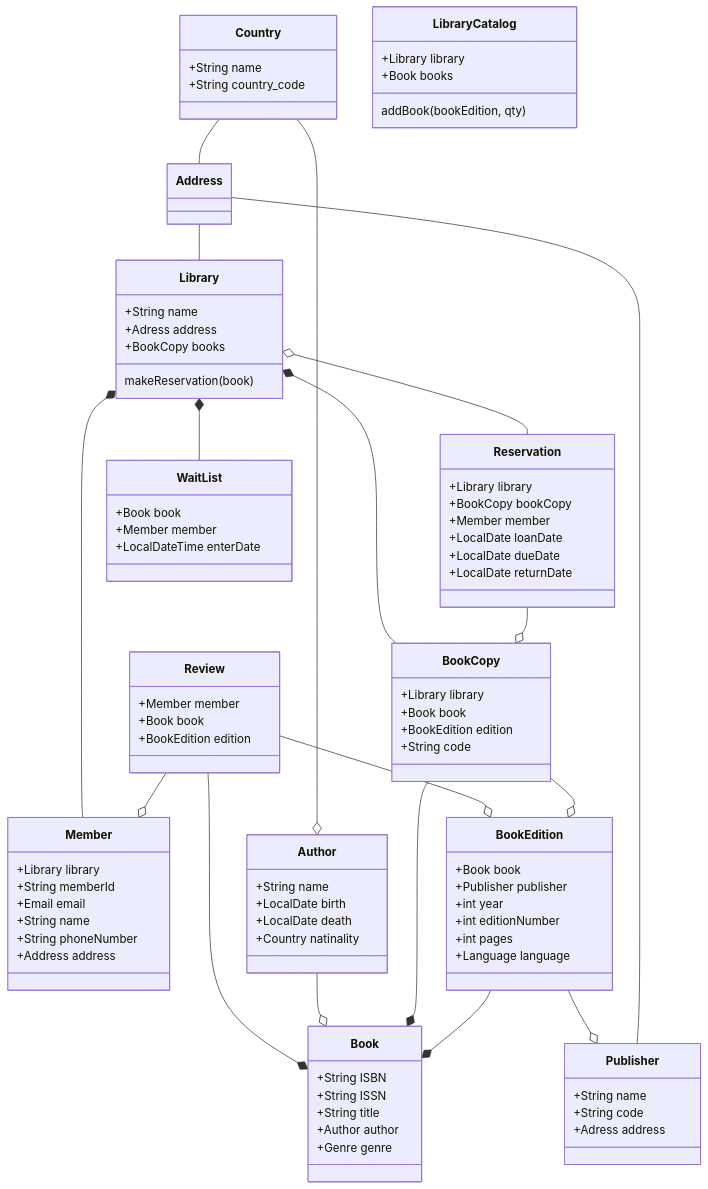
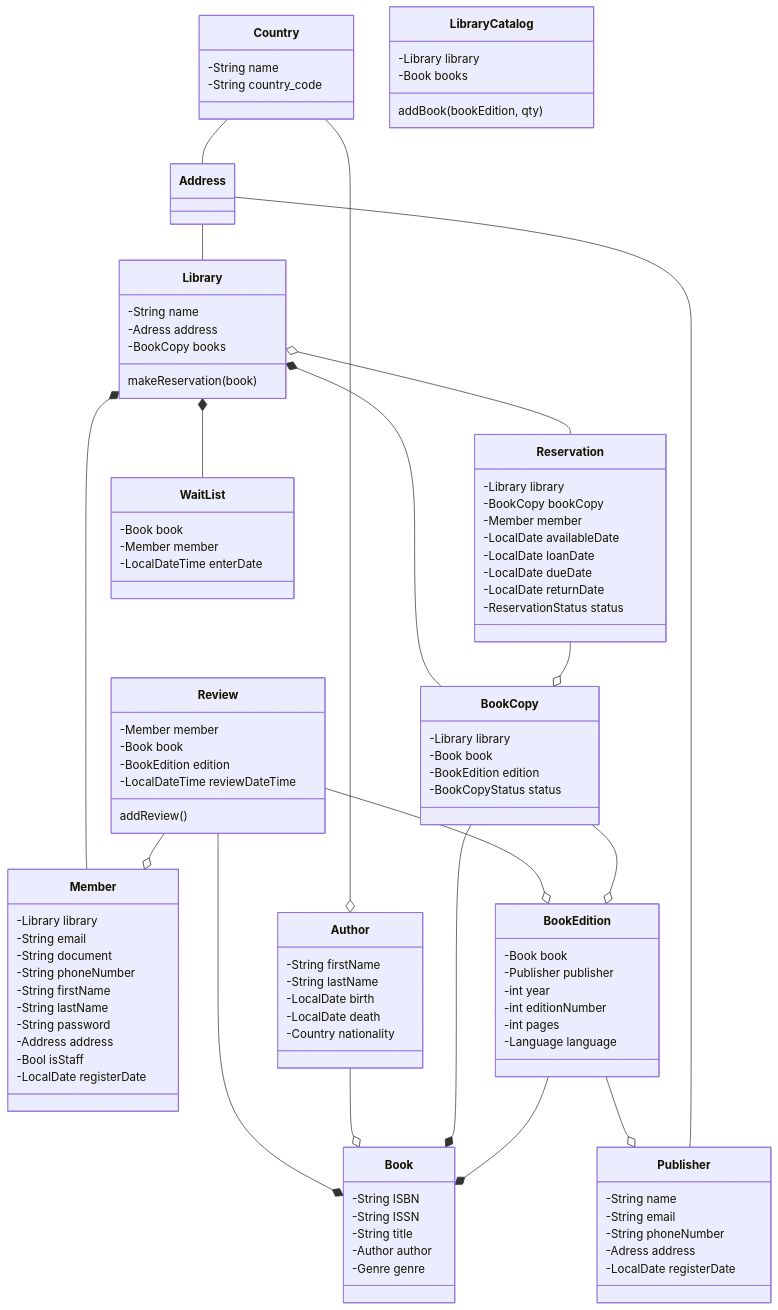
One commit to sgkhusal/ximple-library changed the diagram in documentation/models/library.md. Above: the diagram before and after it, drawn with Mermaid. The commit also changed 1 other file, not shown here.

Commit message:
chore: update class diagrams

````diff
--- a/documentation/models/library.md
+++ b/documentation/models/library.md
@@ -22,77 +22,88 @@
 Address -- Publisher
 
 class Library {
-    +String name
-    +Adress address
-    +BookCopy books
+    -String name
+    -Adress address
+    -BookCopy books
     makeReservation(book)
 }
 class Country {
-    +String name
-    +String country_code
+    -String name
+    -String country_code
 }
 class Author {
-    +String name
-    +LocalDate birth
-    +LocalDate death
-    +Country natinality
+    -String firstName
+    -String lastName
+    -LocalDate birth
+    -LocalDate death
+    -Country nationality
 }
 class Publisher {
-    +String name
-    +String code
-    +Adress address
+    -String name
+    -String email
+    -String phoneNumber
+    -Adress address
+    -LocalDate registerDate
 }
 class BookCopy {
-    +Library library
-    +Book book
-    +BookEdition edition
-    +String code
+    -Library library
+    -Book book
+    -BookEdition edition
+    -BookCopyStatus status
 }
 class BookEdition {
-    +Book book
-    +Publisher publisher
-    +int year
-    +int editionNumber
-    +int pages
-    +Language language
+    -Book book
+    -Publisher publisher
+    -int year
+    -int editionNumber
+    -int pages
+    -Language language
 }
 class Book {
-    +String ISBN
-    +String ISSN
-    +String title
-    +Author author
-    +Genre genre
+    -String ISBN
+    -String ISSN
+    -String title
+    -Author author
+    -Genre genre
 }
 class LibraryCatalog {
-    +Library library
-    +Book books
+    -Library library
+    -Book books
     addBook(bookEdition, qty)
 }
 class Reservation {
-    +Library library
-    +BookCopy bookCopy
-    +Member member
-    +LocalDate loanDate
-    +LocalDate dueDate
-    +LocalDate returnDate
+    -Library library
+    -BookCopy bookCopy
+    -Member member
+    -LocalDate availableDate
+    -LocalDate loanDate
+    -LocalDate dueDate
+    -LocalDate returnDate
+    -ReservationStatus status
 }
 class WaitList {
-    +Book book
-    +Member member
-    +LocalDateTime enterDate
+    -Book book
+    -Member member
+    -LocalDateTime enterDate
 }
 
 class Member {
-    +Library library
-    +String memberId
-    +Email email
-    +String name
-    +String phoneNumber
-    +Address address
+    -Library library
+    -String email
+    -String document
+    -String phoneNumber
+    -String firstName
+    -String lastName
+    -String password
+    -Address address
+    -Bool isStaff
+    -LocalDate registerDate
 }
 class Review {
-    +Member member
-    +Book book
-    +BookEdition edition
+    -Member member
+    -Book book
+    -BookEdition edition
+    -LocalDateTime reviewDateTime
+    addReview()
 }
 ```
````
